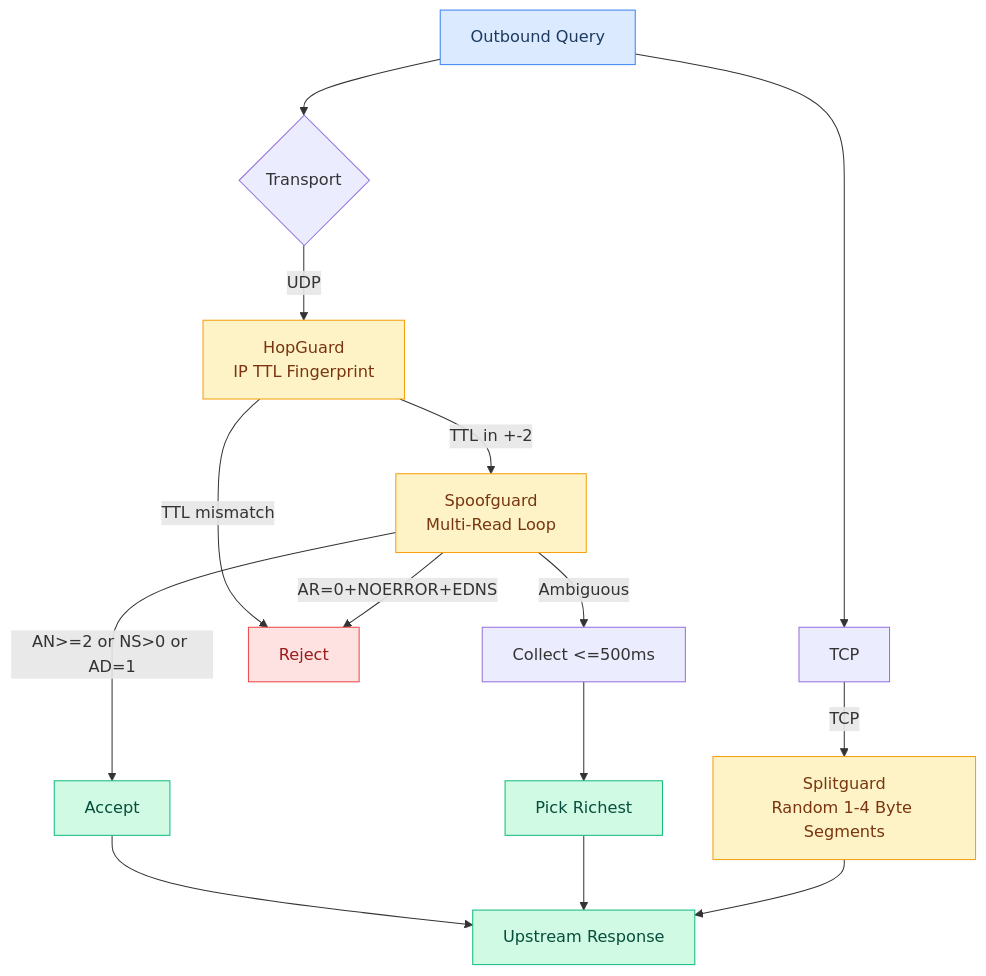
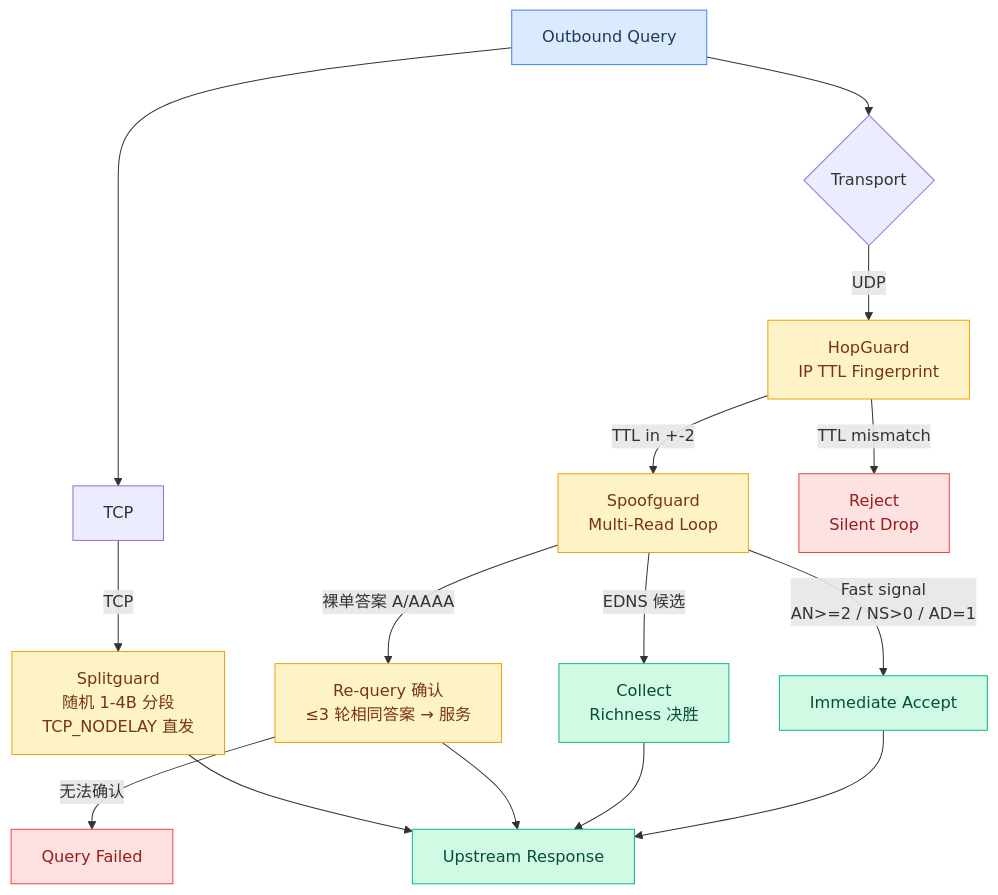
Diagram 12 of 30 in docs/FLOWCHARTS.md (hezhijie0327/ZJDNS), drawn with Mermaid before and after one commit. The commit also changed other lines of this file and 8 other files, not shown here.

````diff
--- a/docs/FLOWCHARTS.md
+++ b/docs/FLOWCHARTS.md
@@ -209,24 +326,25 @@
 ```mermaid
 graph TD
     Q[Outbound Query] --> UDP{Transport}
     Q --> TCP
     UDP -->|UDP| HG[HopGuard<br/>IP TTL Fingerprint]
     HG -->|TTL in +-2| SG[Spoofguard<br/>Multi-Read Loop]
-    HG -->|TTL mismatch| REJECT[Reject]
-    SG -->|AR=0+NOERROR+EDNS| REJECT
-    SG -->|AN>=2 or NS>0 or AD=1| ACCEPT[Accept]
-    SG -->|Ambiguous| COLLECT[Collect <=500ms]
-    COLLECT --> PICK[Pick Richest]
-    TCP -->|TCP| SPG[Splitguard<br/>Random 1-4 Byte Segments]
+    HG -->|TTL mismatch| REJECT[Reject<br/>Silent Drop]
+    SG -->|Fast signal<br/>AN>=2 / NS>0 / AD=1| ACCEPT[Immediate Accept]
+    SG -->|EDNS 候选| ACCEPT2[Collect<br/>Richness 决胜]
+    SG -->|裸单答案 A/AAAA| CONFIRM[Re-query 确认<br/>≤3 轮相同答案 → 服务]
+    CONFIRM -->|无法确认| FAIL[Query Failed]
+    TCP -->|TCP| SPG[Splitguard<br/>随机 1-4B 分段<br/>TCP_NODELAY 直发]
     ACCEPT --> UP[Upstream Response]
-    PICK --> UP
+    ACCEPT2 --> UP
+    CONFIRM --> UP
     SPG --> UP
     classDef query fill:#dbeafe,stroke:#3b82f6,color:#1e3a5f
     classDef defense fill:#fef3c7,stroke:#f59e0b,color:#78350f
     classDef result fill:#d1fae5,stroke:#10b981,color:#064e3b
     classDef reject fill:#fee2e2,stroke:#ef4444,color:#991b1b
     class Q query
-    class HG,SG,SPG defense
-    class ACCEPT,PICK,UP result
-    class REJECT reject
+    class HG,SG,SPG,CONFIRM defense
+    class ACCEPT,ACCEPT2,UP result
+    class REJECT,FAIL reject
 ```
````
